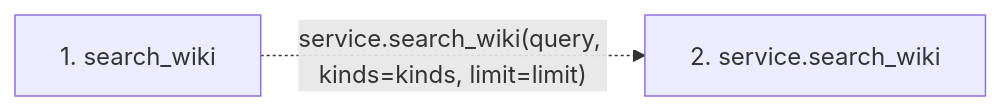
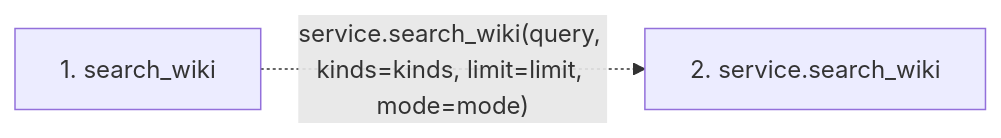
The second of 2 diagrams in docs/llm_wiki/flows/mcp-search_wiki.md (Denissvgn/python-wiki-llm), drawn with Mermaid before and after one commit. The commit also changed other lines of this file and 152 other files, not shown here.

````diff
--- a/docs/llm_wiki/flows/mcp-search_wiki.md
+++ b/docs/llm_wiki/flows/mcp-search_wiki.md
@@ -20,7 +20,7 @@
 ```mermaid
 flowchart LR
     s1["1. search_wiki"]
     s2["2. service.search_wiki"]
-    s1 -. "service.search_wiki(query, kinds=kinds, limit=limit)" .-> s2
+    s1 -. "service.search_wiki(query, kinds=kinds, limit=limit, mode=mode)" .-> s2
     click s1 "../modules/mcp_server.md"
 ```
````
